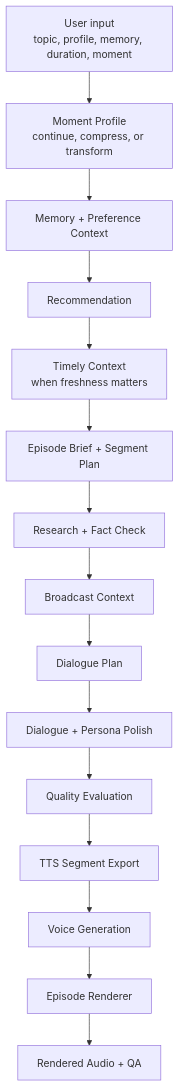
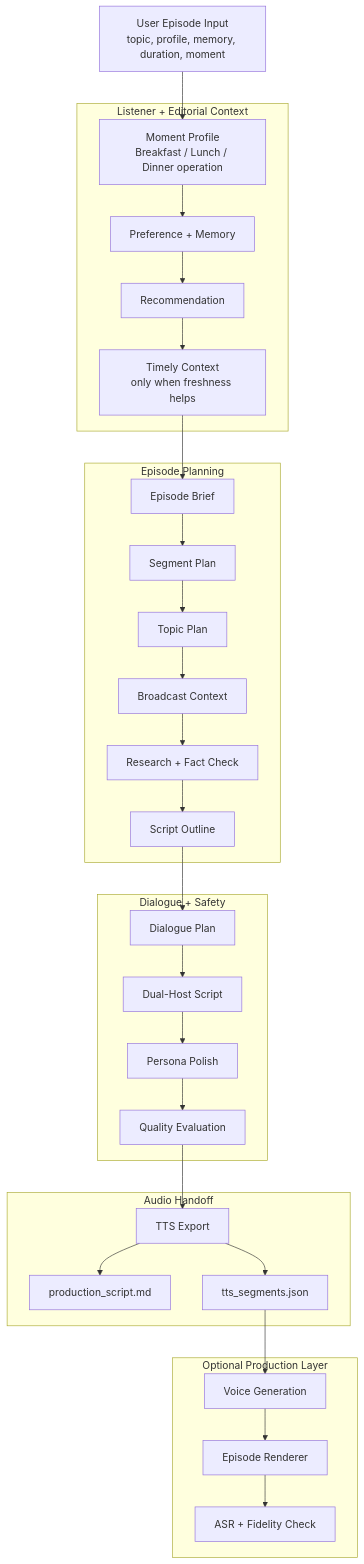
The diagram in README.md (resonantravine/ai-radio-agent), drawn with Mermaid before and after one commit. The commit also changed other lines of this file, not shown here.

Commit message:
Clarify README pipeline diagram

````diff
--- a/README.md
+++ b/README.md
@@ -67,17 +67,38 @@
 ```mermaid
 flowchart TD
-    A["User input<br/>topic, profile, memory, duration, moment"] --> B["Moment Profile<br/>continue, compress, or transform"]
-    B --> C["Memory + Preference Context"]
-    C --> D["Recommendation"]
-    D --> E["Timely Context<br/>when freshness matters"]
-    E --> F["Episode Brief + Segment Plan"]
-    F --> G["Research + Fact Check"]
-    G --> H["Broadcast Context"]
-    H --> I["Dialogue Plan"]
-    I --> J["Dialogue + Persona Polish"]
-    J --> K["Quality Evaluation"]
-    K --> L["TTS Segment Export"]
-    L --> M["Voice Generation"]
-    M --> N["Episode Renderer"]
-    N --> O["Rendered Audio + QA"]
+    A["User Episode Input<br/>topic, profile, memory, duration, moment"] --> B["Moment Profile<br/>Breakfast / Lunch / Dinner operation"]
+
+    subgraph L["Listener + Editorial Context"]
+        B --> C["Preference + Memory"]
+        C --> D["Recommendation"]
+        D --> E["Timely Context<br/>only when freshness helps"]
+    end
+
+    subgraph P["Episode Planning"]
+        E --> F["Episode Brief"]
+        F --> G["Segment Plan"]
+        G --> H["Topic Plan"]
+        H --> I["Broadcast Context"]
+        I --> J["Research + Fact Check"]
+        J --> K["Script Outline"]
+    end
+
+    subgraph S["Dialogue + Safety"]
+        K --> M["Dialogue Plan"]
+        M --> N["Dual-Host Script"]
+        N --> O["Persona Polish"]
+        O --> Q["Quality Evaluation"]
+    end
+
+    subgraph T["Audio Handoff"]
+        Q --> R["TTS Export"]
+        R --> U["production_script.md"]
+        R --> V["tts_segments.json"]
+    end
+
+    subgraph X["Optional Production Layer"]
+        V --> W["Voice Generation"]
+        W --> Y["Episode Renderer"]
+        Y --> Z["ASR + Fidelity Check"]
+    end
 ```
````
